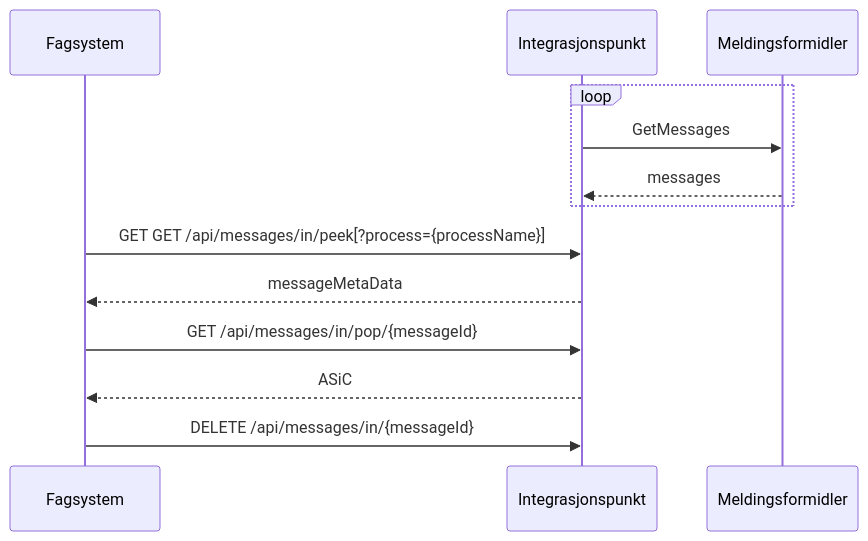
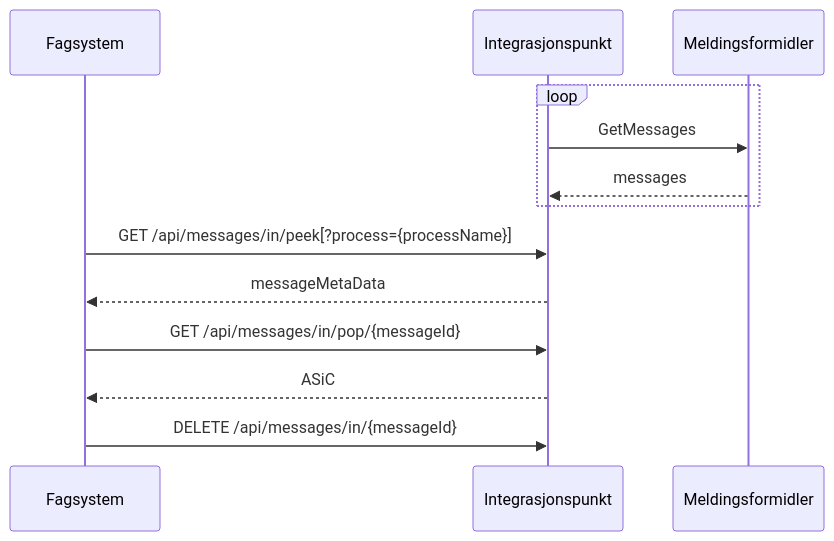
The third of 3 diagrams in _docs/eFormidling/Teknisk_informasjon/meldingsflyt.md (felleslosninger/docs), drawn with Mermaid before and after one commit.

Commit message:
fjerna ekstra GET

```diff
--- a/_docs/eFormidling/Teknisk_informasjon/meldingsflyt.md
+++ b/_docs/eFormidling/Teknisk_informasjon/meldingsflyt.md
@@ -97,19 +97,19 @@
 <div class="mermaid">
 
 sequenceDiagram
     participant fs as Fagsystem
     participant ip as Integrasjonspunkt
     participant mf  as Meldingsformidler
 
     loop
         ip->>mf: GetMessages
         mf-->>ip: messages
     end
     
-    fs->>ip: GET GET /api/messages/in/peek[?process={processName}]
+    fs->>ip: GET /api/messages/in/peek[?process={processName}]
     ip-->>fs: messageMetaData
     fs->>ip: GET /api/messages/in/pop/{messageId}
     ip-->>fs: ASiC
     fs->>ip: DELETE /api/messages/in/{messageId}
 
 </div>
```
